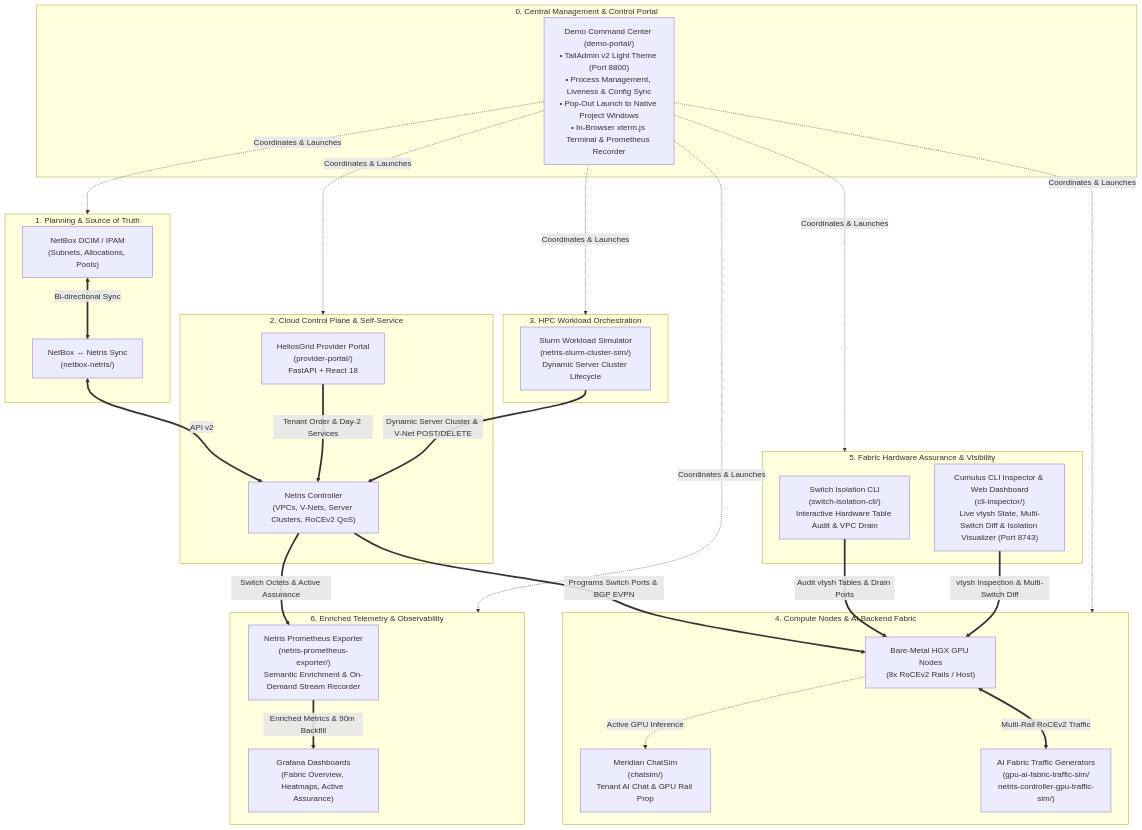
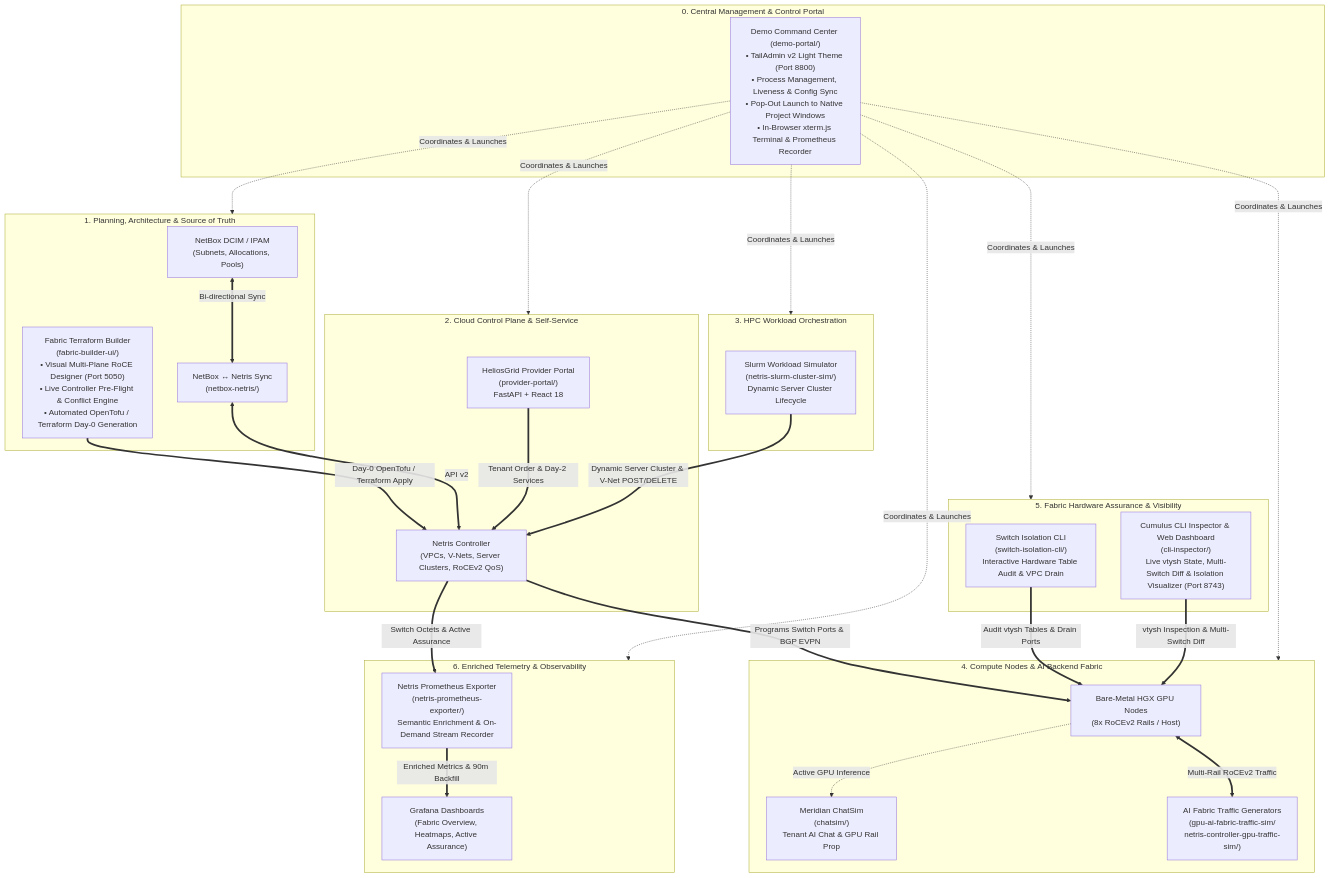
Before and after one commit to iamjarvs/netris_demo_portal: the first of 2 diagrams in README.md, drawn with Mermaid. The commit also changed other lines of this file and 791 other files, not shown here.

Commit message:
feat: add fabric-builder-ui, remote-tf-viewer, and cumulus cli-inspector updates

````diff
--- a/README.md
+++ b/README.md
@@ -22,49 +22,51 @@
 ```mermaid
 graph TB
     subgraph ManagementHub ["0. Central Management & Control Portal"]
         CommandCenter["Demo Command Center (demo-portal/)<br/>• TailAdmin v2 Light Theme (Port 8800)<br/>• Process Management, Liveness & Config Sync<br/>• Pop-Out Launch to Native Project Windows<br/>• In-Browser xterm.js Terminal & Prometheus Recorder"]
     end
 
-    subgraph Planning ["1. Planning & Source of Truth"]
+    subgraph Planning ["1. Planning, Architecture & Source of Truth"]
         NetBox["NetBox DCIM / IPAM<br/>(Subnets, Allocations, Pools)"]
         SyncService["NetBox ↔ Netris Sync<br/>(netbox-netris/)"]
+        FabricBuilder["Fabric Terraform Builder<br/>(fabric-builder-ui/)<br/>• Visual Multi-Plane RoCE Designer (Port 5050)<br/>• Live Controller Pre-Flight & Conflict Engine<br/>• Automated OpenTofu / Terraform Day-0 Generation"]
     end
 
     subgraph ControlPlane ["2. Cloud Control Plane & Self-Service"]
         Portal["HeliosGrid Provider Portal<br/>(provider-portal/)<br/>FastAPI + React 18"]
         NetrisCTL["Netris Controller<br/>(VPCs, V-Nets, Server Clusters, RoCEv2 QoS)"]
     end
 
     subgraph Orchestration ["3. HPC Workload Orchestration"]
         Slurm["Slurm Workload Simulator<br/>(netris-slurm-cluster-sim/)<br/>Dynamic Server Cluster Lifecycle"]
     end
 
     subgraph ComputeFabric ["4. Compute Nodes & AI Backend Fabric"]
         HGX["Bare-Metal HGX GPU Nodes<br/>(8x RoCEv2 Rails / Host)"]
         Meridian["Meridian ChatSim<br/>(chatsim/)<br/>Tenant AI Chat & GPU Rail Prop"]
         TrafficSim["AI Fabric Traffic Generators<br/>(gpu-ai-fabric-traffic-sim/<br/>netris-controller-gpu-traffic-sim/)"]
     end
 
     subgraph Assurance ["5. Fabric Hardware Assurance & Visibility"]
         IsolationTool["Switch Isolation CLI<br/>(switch-isolation-cli/)<br/>Interactive Hardware Table Audit & VPC Drain"]
         CLIInspector["Cumulus CLI Inspector & Web Dashboard<br/>(cli-inspector/)<br/>Live vtysh State, Multi-Switch Diff & Isolation Visualizer (Port 8743)"]
     end
 
     subgraph Observability ["6. Enriched Telemetry & Observability"]
         Exporter["Netris Prometheus Exporter<br/>(netris-prometheus-exporter/)<br/>Semantic Enrichment & On-Demand Stream Recorder"]
         Dashboards["Grafana Dashboards<br/>(Fabric Overview, Heatmaps, Active Assurance)"]
     end
 
     CommandCenter -.->|Coordinates & Launches| Planning & ControlPlane & Orchestration & ComputeFabric & Assurance & Observability
+    FabricBuilder ==>|Day-0 OpenTofu / Terraform Apply| NetrisCTL
     NetBox <==>|Bi-directional Sync| SyncService
     SyncService <==>|API v2| NetrisCTL
     Portal ==>|Tenant Order & Day-2 Services| NetrisCTL
     Slurm ==>|Dynamic Server Cluster & V-Net POST/DELETE| NetrisCTL
     NetrisCTL ==>|Programs Switch Ports & BGP EVPN| HGX
     HGX -.->|Active GPU Inference| Meridian
     HGX <==>|Multi-Rail RoCEv2 Traffic| TrafficSim
     IsolationTool ==>|Audit vtysh Tables & Drain Ports| HGX
     CLIInspector ==>|vtysh Inspection & Multi-Switch Diff| HGX
     NetrisCTL ==>|Switch Octets & Active Assurance| Exporter
     Exporter ==>|Enriched Metrics & 90m Backfill| Dashboards
 ```
````
